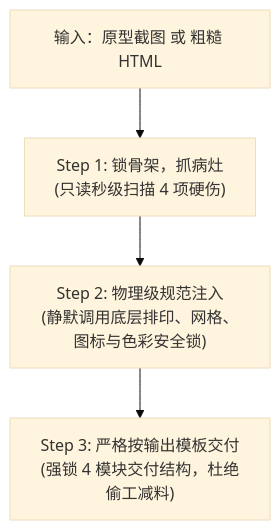
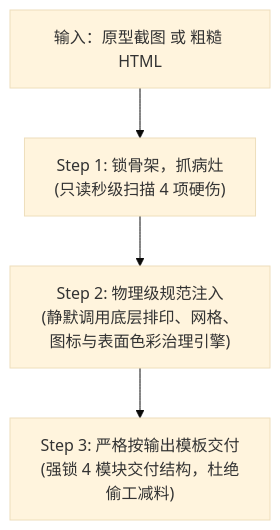
Before and after one commit to tenthousandmq-hash/ui-prototype-refiner: the diagram in skills/ui-refiner/SKILL.md, drawn with Mermaid (base theme). The commit also changed other lines of this file and 2 other files, not shown here.

````diff
--- a/skills/ui-refiner/SKILL.md
+++ b/skills/ui-refiner/SKILL.md
@@ -28,6 +28,6 @@
 ```mermaid
 flowchart TD
     IN["输入：原型截图 或 粗糙 HTML"] --> S1["Step 1: 锁骨架，抓病灶\n(只读秒级扫描 4 项硬伤)"]
-    S1 --> S2["Step 2: 物理级规范注入\n(静默调用底层排印、网格、图标与色彩安全锁)"]
+    S1 --> S2["Step 2: 物理级规范注入\n(静默调用底层排印、网格、图标与表面色彩治理引擎)"]
     S2 --> S3["Step 3: 严格按输出模板交付\n(强锁 4 模块交付结构，杜绝偷工减料)"]
 ```
````
